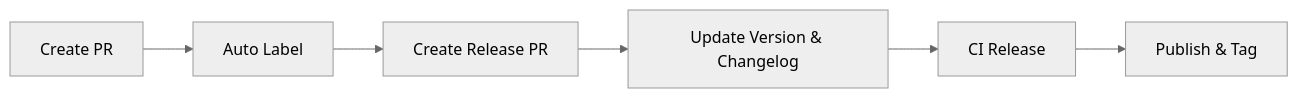
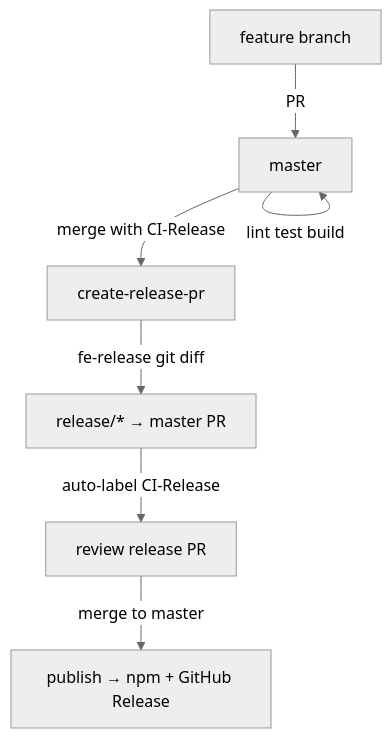
One commit to qlover/fe-base changed the diagram in packages/fe-release/README_EN.md. Above: the diagram before and after it, drawn with Mermaid (neutral theme). The commit also changed other lines of this file and 101 other files, not shown here.

First line of the commit message:
refactor(fe-release): consolidate release pipeline and fix dependency-release changelog handling (#639)

````diff
--- a/packages/fe-release/README_EN.md
+++ b/packages/fe-release/README_EN.md
@@ -210,8 +222,9 @@
 ```mermaid
-graph LR
-    A[Create PR] --> B[Auto Label]
-    B --> C[Create Release PR]
-    C --> D[Update Version & Changelog]
-    D --> E[CI Release]
-    E --> F[Publish & Tag]
+graph TD
+    A[feature branch] -->|PR| B[master]
+    B -->|lint test build| B
+    B -->|merge with CI-Release| C[create-release-pr]
+    C -->|fe-release git diff| D[release/* → master PR]
+    D -->|auto-label CI-Release| E[review release PR]
+    E -->|merge to master| F[publish → npm + GitHub Release]
 ```
````
